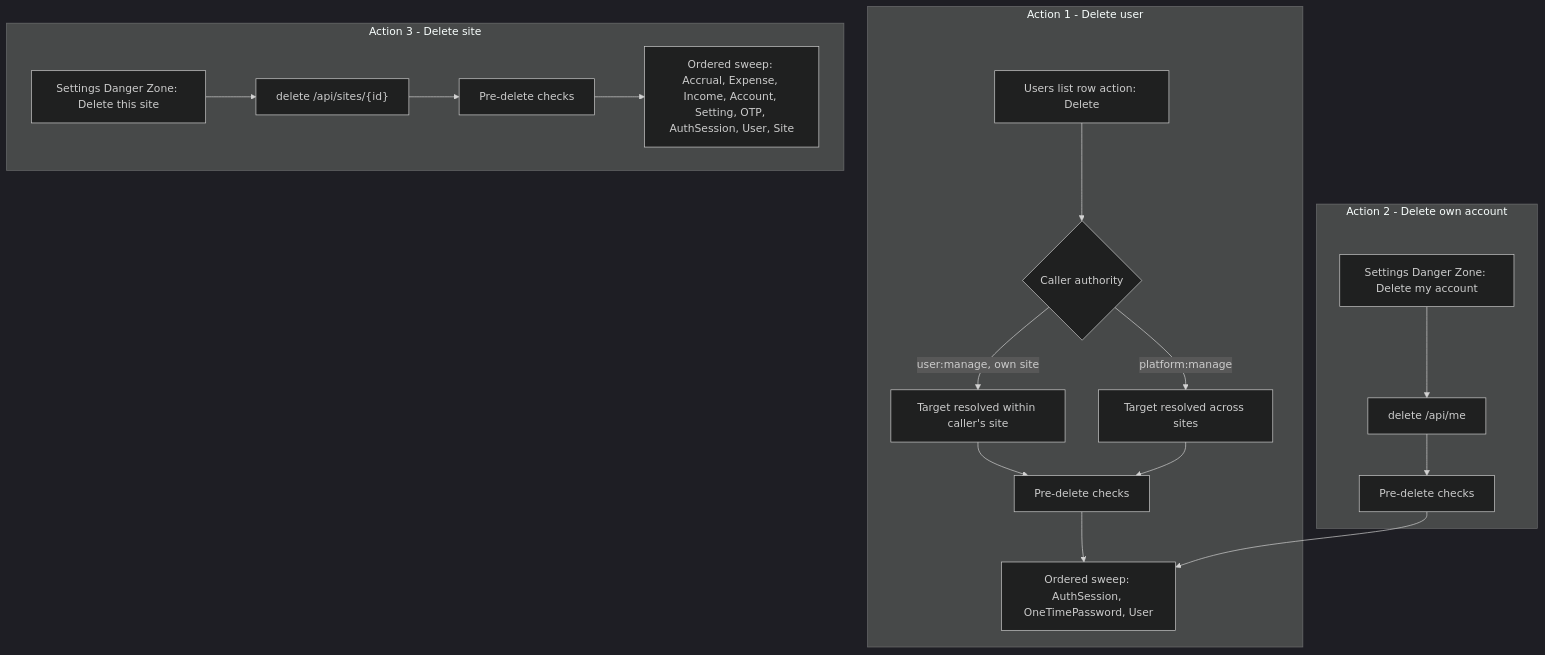
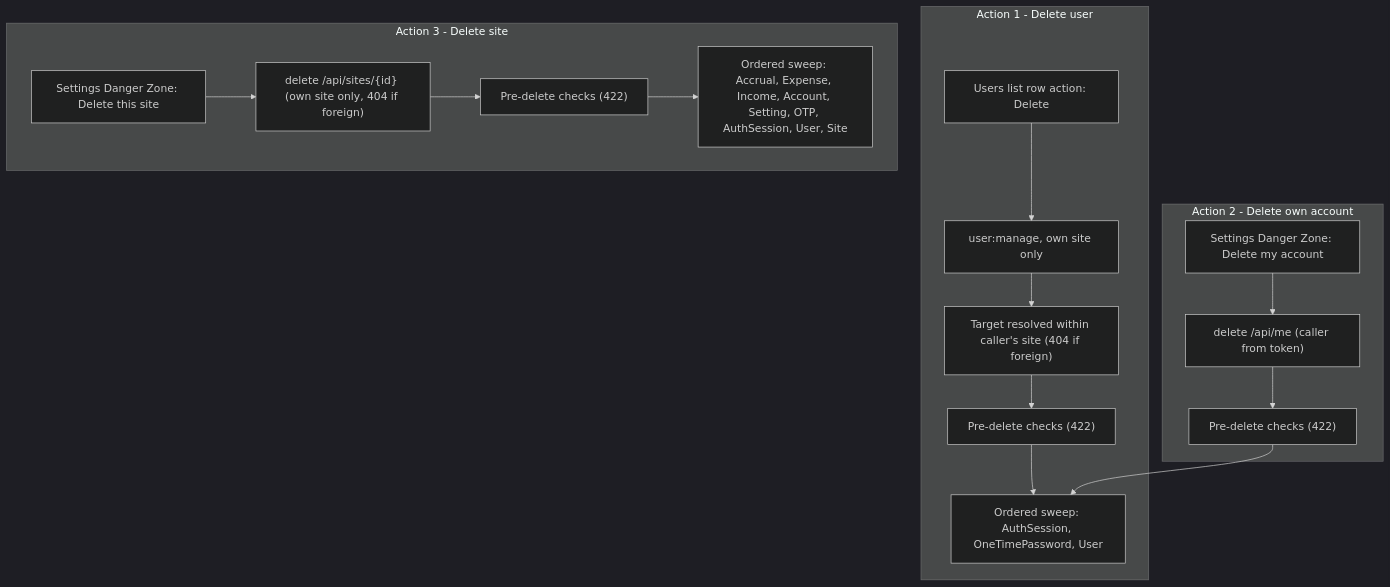
The diagram in Docs/Future/PRD-022-user-and-site-deletion.md (mjfreelancing/POT), drawn with Mermaid (dark theme) before and after one commit. The commit also changed other lines of this file and 4 other files, not shown here.

Commit message:
Update / Add PRDs related to site/user administration

````diff
--- a/Docs/Future/PRD-022-user-and-site-deletion.md
+++ b/Docs/Future/PRD-022-user-and-site-deletion.md
@@ -127,21 +128,19 @@
 ```mermaid
 flowchart TD
     subgraph A1["Action 1 - Delete user"]
-        U1["Users list row action: Delete"] --> U2{"Caller authority"}
-        U2 -->|"user:manage, own site"| U3["Target resolved within caller's site"]
-        U2 -->|"platform:manage"| U4["Target resolved across sites"]
-        U3 --> U5["Pre-delete checks"]
-        U4 --> U5
+        U1["Users list row action: Delete"] --> U2["user:manage, own site only"]
+        U2 --> U3["Target resolved within caller's site (404 if foreign)"]
+        U3 --> U5["Pre-delete checks (422)"]
         U5 --> U6["Ordered sweep: AuthSession, OneTimePassword, User"]
     end
     subgraph A2["Action 2 - Delete own account"]
-        M1["Settings Danger Zone: Delete my account"] --> M2["delete /api/me"]
-        M2 --> M3["Pre-delete checks"]
+        M1["Settings Danger Zone: Delete my account"] --> M2["delete /api/me (caller from token)"]
+        M2 --> M3["Pre-delete checks (422)"]
         M3 --> U6
     end
     subgraph A3["Action 3 - Delete site"]
-        S1["Settings Danger Zone: Delete this site"] --> S2["delete /api/sites/{id}"]
-        S2 --> S3["Pre-delete checks"]
+        S1["Settings Danger Zone: Delete this site"] --> S2["delete /api/sites/{id} (own site only, 404 if foreign)"]
+        S2 --> S3["Pre-delete checks (422)"]
         S3 --> S4["Ordered sweep: Accrual, Expense, Income, Account, Setting, OTP, AuthSession, User, Site"]
     end
 ```
````
